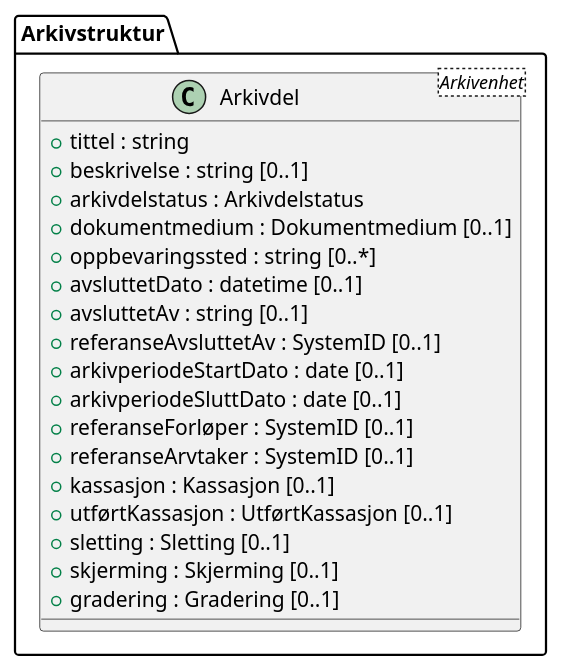
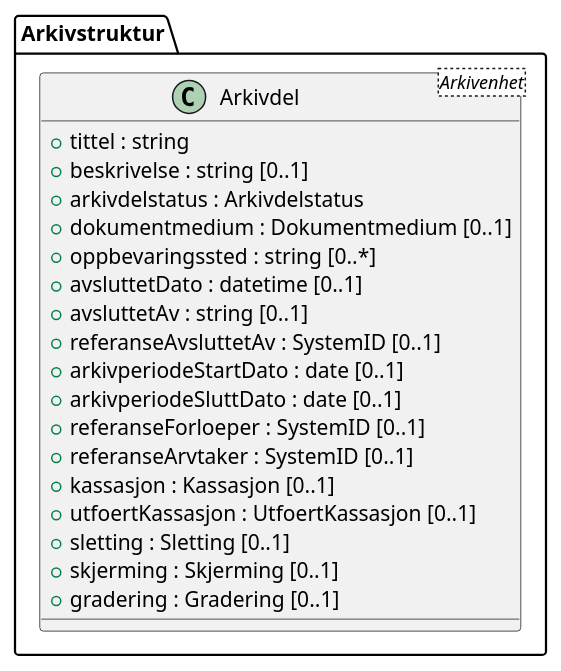
Before and after one commit to arkivverket/noark5-tjenestegrensesnitt-standard: the diagram in kapitler/media/uml-class-arkivdel.iuml, drawn with PlantUML. The commit also changed 18 other files, not shown here.

```diff
--- a/kapitler/media/uml-class-arkivdel.iuml
+++ b/kapitler/media/uml-class-arkivdel.iuml
@@ -1,21 +1,21 @@
 @startuml
 class Arkivstruktur.Arkivdel <Arkivenhet> {
   +tittel : string
   +beskrivelse : string [0..1]
   +arkivdelstatus : Arkivdelstatus
   +dokumentmedium : Dokumentmedium [0..1]
   +oppbevaringssted : string [0..*]
   +avsluttetDato : datetime [0..1]
   +avsluttetAv : string [0..1]
   +referanseAvsluttetAv : SystemID [0..1]
   +arkivperiodeStartDato : date [0..1]
   +arkivperiodeSluttDato : date [0..1]
-  +referanseForløper : SystemID [0..1]
+  +referanseForloeper : SystemID [0..1]
   +referanseArvtaker : SystemID [0..1]
   +kassasjon : Kassasjon [0..1]
-  +utførtKassasjon : UtførtKassasjon [0..1]
+  +utfoertKassasjon : UtfoertKassasjon [0..1]
   +sletting : Sletting [0..1]
   +skjerming : Skjerming [0..1]
   +gradering : Gradering [0..1]
 }
 @enduml
```
